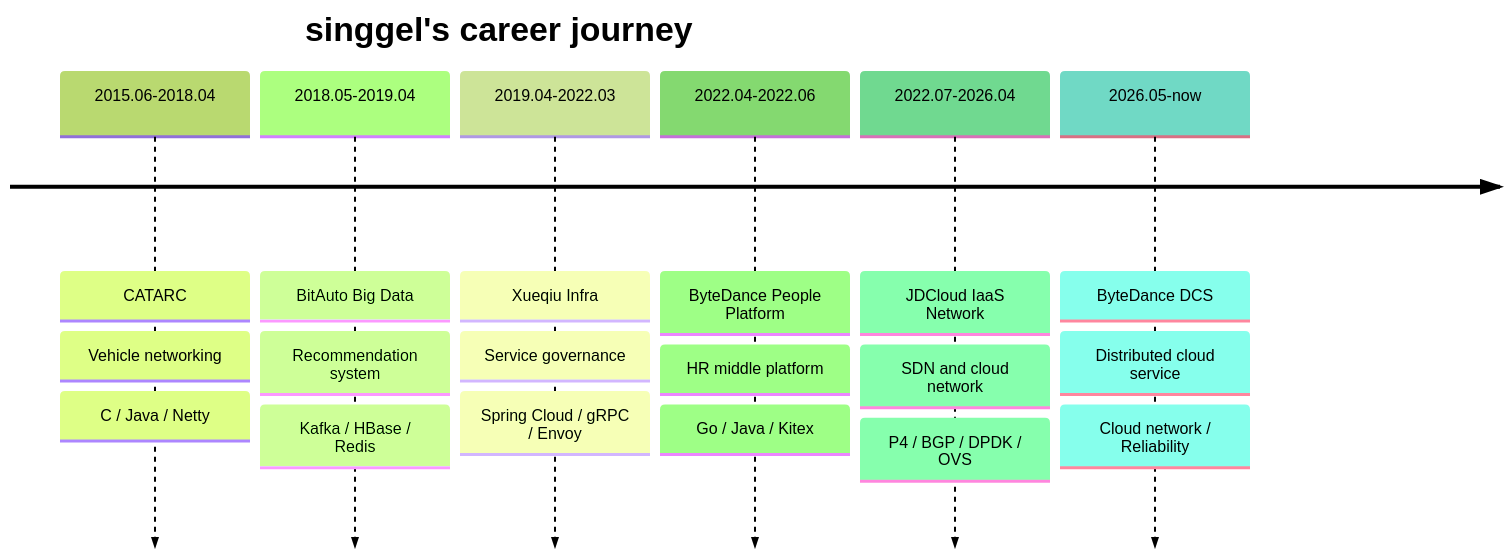
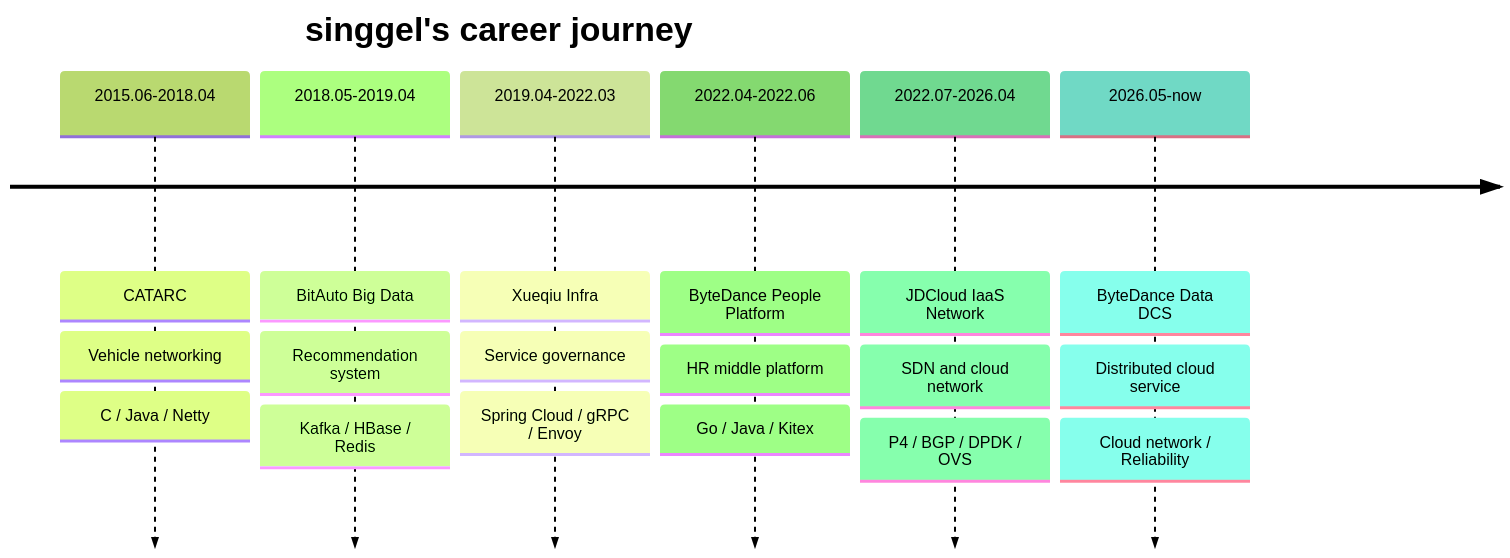
One commit to singgel/singgel changed the diagram in README.md. Above: the diagram before and after it, drawn with Mermaid (forest theme).

Commit message:
ByteDance Data DCS

````diff
--- a/README.md
+++ b/README.md
@@ -22,22 +22,22 @@
 ```mermaid
 timeline
     title singgel's career journey
     2015.06-2018.04 : CATARC
                      : Vehicle networking
                      : C / Java / Netty
     2018.05-2019.04 : BitAuto Big Data
                      : Recommendation system
                      : Kafka / HBase / Redis
     2019.04-2022.03 : Xueqiu Infra
                      : Service governance
                      : Spring Cloud / gRPC / Envoy
     2022.04-2022.06 : ByteDance People Platform
                      : HR middle platform
                      : Go / Java / Kitex
     2022.07-2026.04 : JDCloud IaaS Network
                      : SDN and cloud network
                      : P4 / BGP / DPDK / OVS
-    2026.05-now : ByteDance DCS
+    2026.05-now : ByteDance Data DCS
                 : Distributed cloud service
                 : Cloud network / Reliability
 ```
````
